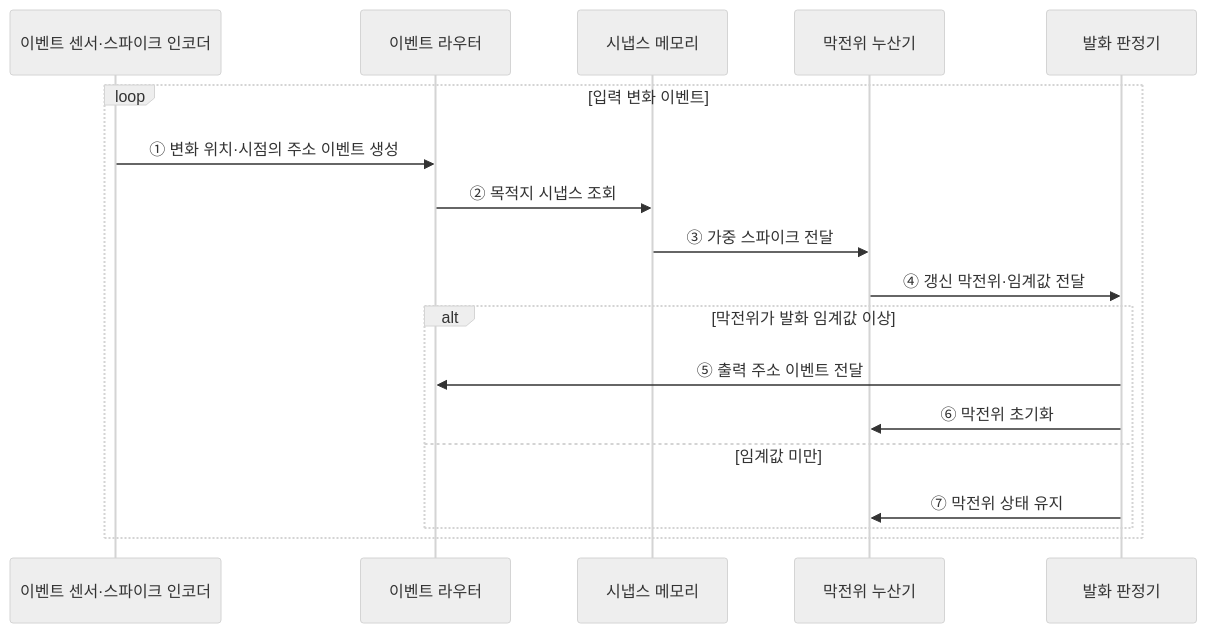
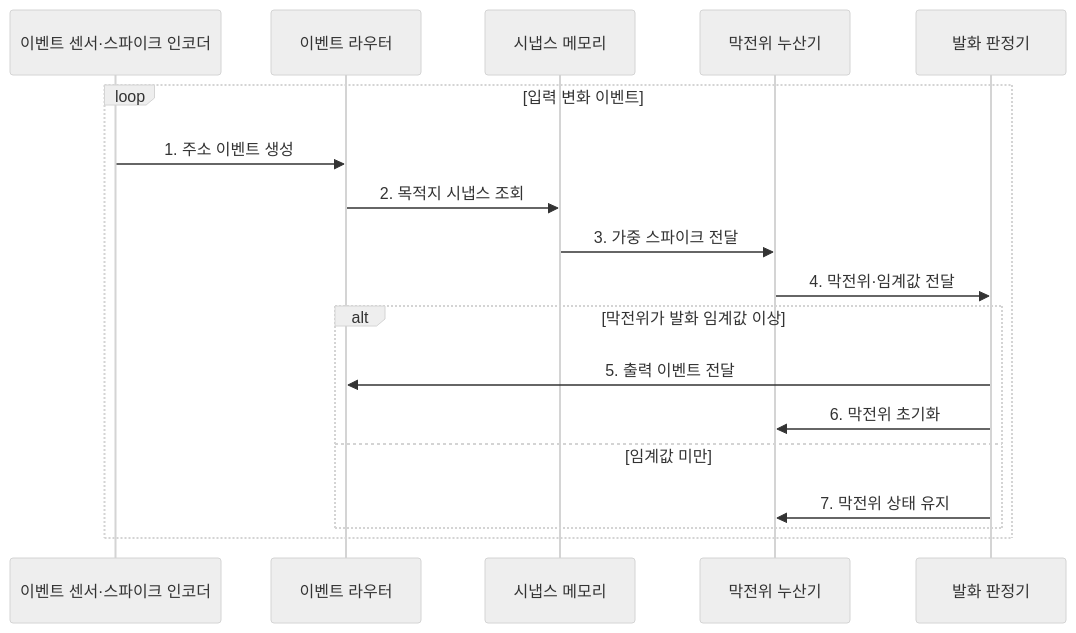
Before and after one commit to agnusdei1207/knowledge-base: the second of 2 diagrams in src/content/docs/notes/02-hardware/051_neuromorphic_computing.md, drawn with Mermaid (neutral theme). The commit also changed other lines of this file and 20 other files, not shown here.

````diff
--- a/src/content/docs/notes/02-hardware/051_neuromorphic_computing.md
+++ b/src/content/docs/notes/02-hardware/051_neuromorphic_computing.md
@@ -78,21 +84,21 @@
 ```mermaid
 sequenceDiagram
     participant S as 이벤트 센서·스파이크 인코더
     participant R as 이벤트 라우터
     participant M as 시냅스 메모리
     participant N as 막전위 누산기
     participant F as 발화 판정기
 
     loop 입력 변화 이벤트
-        S->>R: ① 변화 위치·시점의 주소 이벤트 생성
-        R->>M: ② 목적지 시냅스 조회
-        M->>N: ③ 가중 스파이크 전달
-        N->>F: ④ 갱신 막전위·임계값 전달
+        S->>R: 1. 주소 이벤트 생성
+        R->>M: 2. 목적지 시냅스 조회
+        M->>N: 3. 가중 스파이크 전달
+        N->>F: 4. 막전위·임계값 전달
         alt 막전위가 발화 임계값 이상
-            F->>R: ⑤ 출력 주소 이벤트 전달
-            F->>N: ⑥ 막전위 초기화
+            F->>R: 5. 출력 이벤트 전달
+            F->>N: 6. 막전위 초기화
         else 임계값 미만
-            F->>N: ⑦ 막전위 상태 유지
+            F->>N: 7. 막전위 상태 유지
         end
     end
 ```
````
